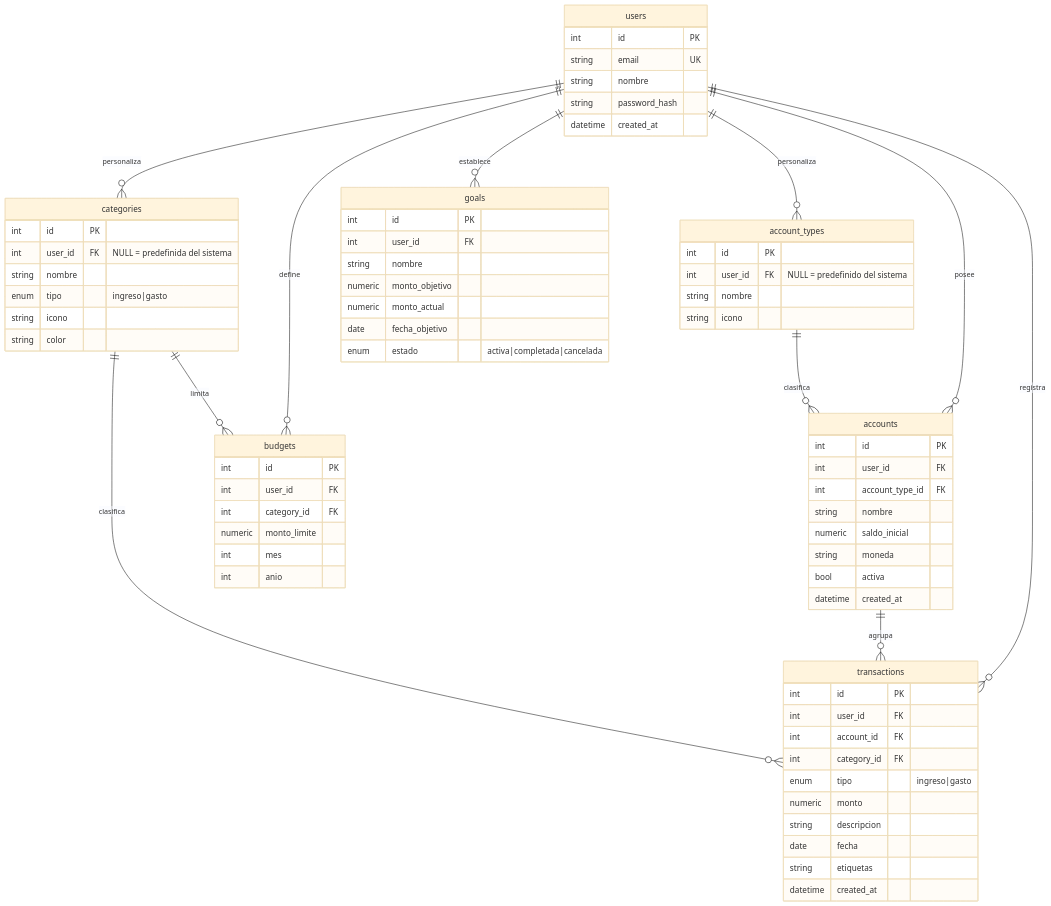
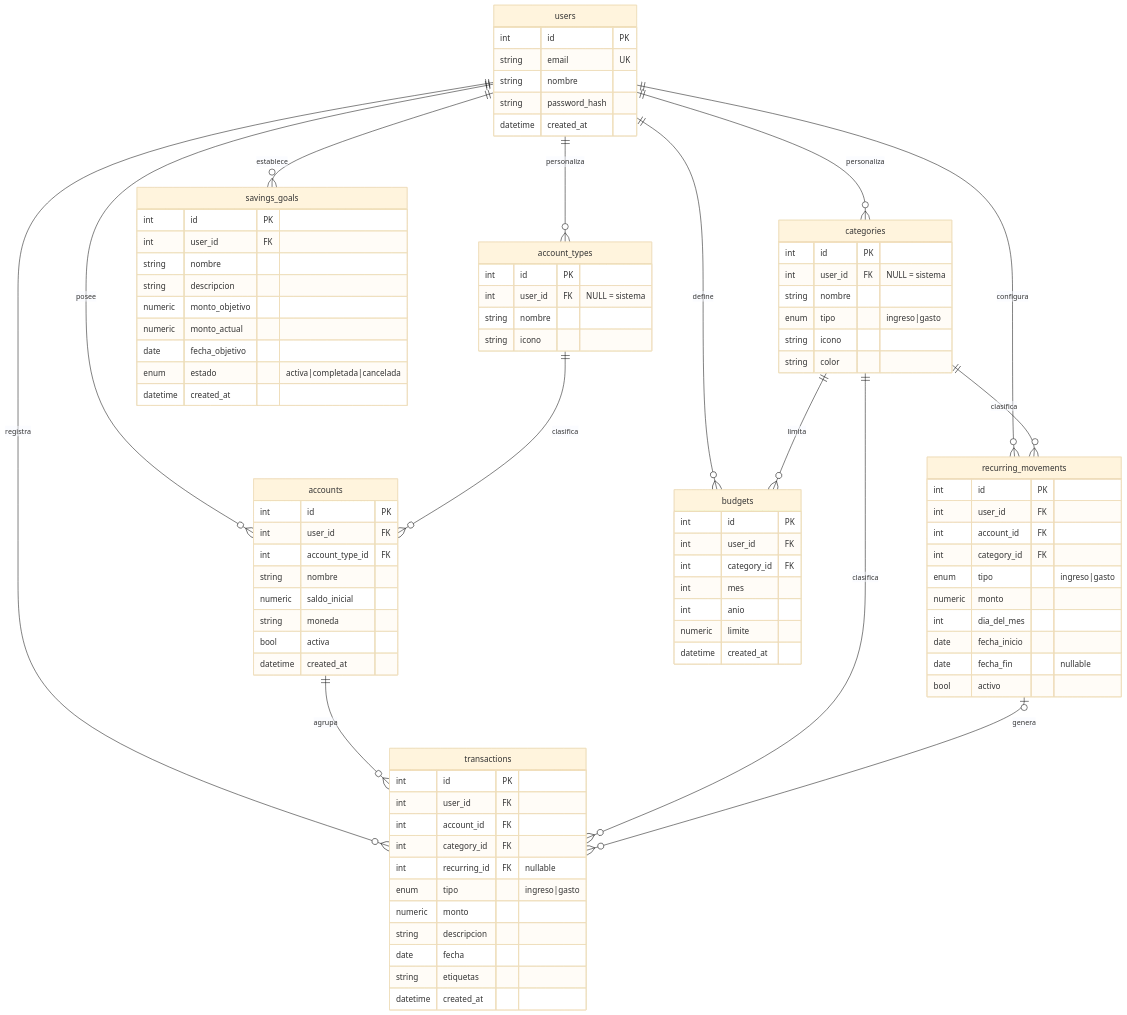
Before and after one commit to ManfretSCH/app-finanza: the diagram in docs/modelo-datos.md, drawn with Mermaid (base theme). The commit also changed other lines of this file and 1 other file, not shown here.

Commit message:
Documentar presupuestos y metas en modelo de datos

````diff
--- a/docs/modelo-datos.md
+++ b/docs/modelo-datos.md
@@ -7,74 +7,93 @@
 ```mermaid
 erDiagram
-    users ||--o{ accounts     : "posee"
-    users ||--o{ account_types : "personaliza"
-    account_types ||--o{ accounts : "clasifica"
-    users ||--o{ categories   : "personaliza"
-    users ||--o{ transactions : "registra"
-    users ||--o{ budgets      : "define"
-    users ||--o{ goals        : "establece"
-    accounts   ||--o{ transactions : "agrupa"
-    categories ||--o{ transactions : "clasifica"
-    categories ||--o{ budgets      : "limita"
+    users ||--o{ accounts : posee
+    users ||--o{ account_types : personaliza
+    account_types ||--o{ accounts : clasifica
+    users ||--o{ categories : personaliza
+    users ||--o{ transactions : registra
+    users ||--o{ recurring_movements : configura
+    users ||--o{ budgets : define
+    users ||--o{ savings_goals : establece
+    accounts ||--o{ transactions : agrupa
+    categories ||--o{ transactions : clasifica
+    categories ||--o{ recurring_movements : clasifica
+    categories ||--o{ budgets : limita
+    recurring_movements o|--o{ transactions : genera
 
     users {
-        int      id PK
-        string   email UK
-        string   nombre
-        string   password_hash
+        int id PK
+        string email UK
+        string nombre
+        string password_hash
         datetime created_at
     }
     account_types {
-        int    id PK
-        int    user_id FK "NULL = predefinido del sistema"
+        int id PK
+        int user_id FK "NULL = sistema"
         string nombre
         string icono
     }
     accounts {
-        int      id PK
-        int      user_id FK
-        int      account_type_id FK
-        string   nombre
-        numeric  saldo_inicial
-        string   moneda
-        bool     activa
+        int id PK
+        int user_id FK
+        int account_type_id FK
+        string nombre
+        numeric saldo_inicial
+        string moneda
+        bool activa
         datetime created_at
     }
     categories {
-        int    id PK
-        int    user_id FK "NULL = predefinida del sistema"
+        int id PK
+        int user_id FK "NULL = sistema"
         string nombre
-        enum   tipo "ingreso|gasto"
+        enum tipo "ingreso|gasto"
         string icono
         string color
     }
     transactions {
-        int      id PK
-        int      user_id FK
-        int      account_id FK
-        int      category_id FK
-        enum     tipo "ingreso|gasto"
-        numeric  monto
-        string   descripcion
-        date     fecha
-        string   etiquetas
+        int id PK
+        int user_id FK
+        int account_id FK
+        int category_id FK
+        int recurring_id FK "nullable"
+        enum tipo "ingreso|gasto"
+        numeric monto
+        string descripcion
+        date fecha
+        string etiquetas
         datetime created_at
     }
+    recurring_movements {
+        int id PK
+        int user_id FK
+        int account_id FK
+        int category_id FK
+        enum tipo "ingreso|gasto"
+        numeric monto
+        int dia_del_mes
+        date fecha_inicio
+        date fecha_fin "nullable"
+        bool activo
+    }
     budgets {
-        int     id PK
-        int     user_id FK
-        int     category_id FK
-        numeric monto_limite
-        int     mes
-        int     anio
+        int id PK
+        int user_id FK
+        int category_id FK
+        int mes
+        int anio
+        numeric limite
+        datetime created_at
     }
-    goals {
-        int     id PK
-        int     user_id FK
-        string  nombre
+    savings_goals {
+        int id PK
+        int user_id FK
+        string nombre
+        string descripcion
         numeric monto_objetivo
         numeric monto_actual
-        date    fecha_objetivo
-        enum    estado "activa|completada|cancelada"
+        date fecha_objetivo
+        enum estado "activa|completada|cancelada"
+        datetime created_at
     }
 ```
````
